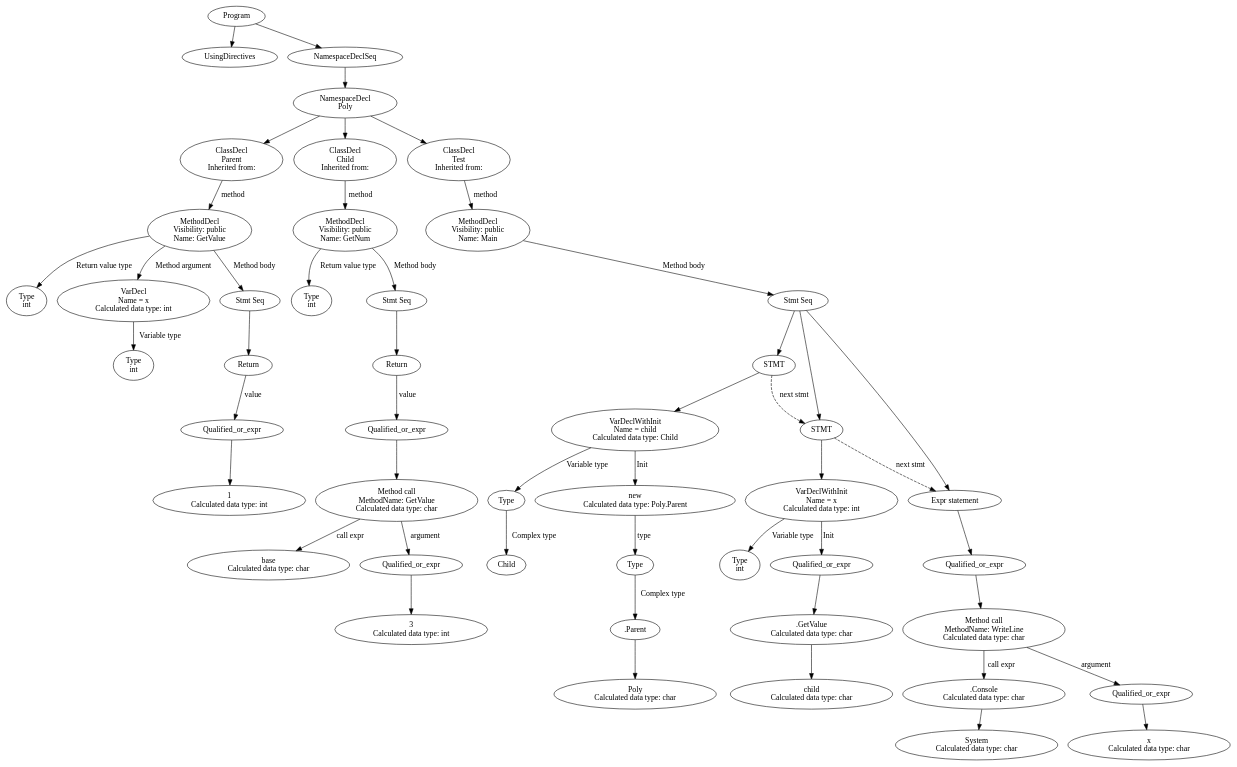
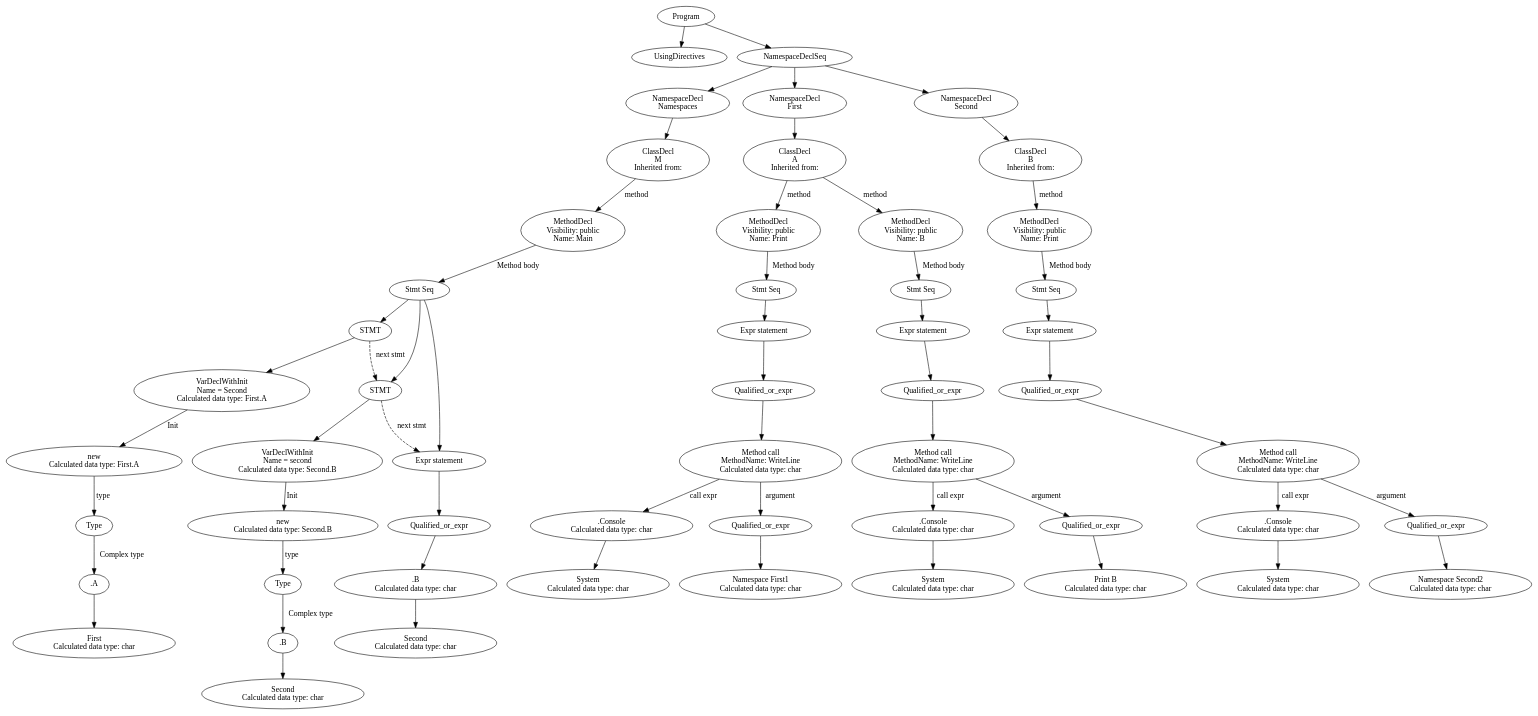
The diagram in lexer-build/ast.dot (SergeyGT/CSharp_Compiler), drawn with Graphviz before and after one commit. The commit also changed 9 other files, not shown here.

```diff
--- a/lexer-build/ast.dot
+++ b/lexer-build/ast.dot
@@ -1,97 +1,111 @@
 digraph Program {
-55 [label="Program"]
+66 [label="Program"]
 0 [label="UsingDirectives"]
-54 [label="NamespaceDeclSeq"]
-53 [label="NamespaceDecl\nPoly"]
-11 [label="ClassDecl\nParent\nInherited from: "]
-9 [label="MethodDecl\nVisibility: public\nName: GetValue"]
-1 [label="Type\nint"]
-9 -> 1 [label="Return value type"]
-3 [label="VarDecl\nName = x\nCalculated data type: int"]
-2 [label="Type\nint"]
-3 -> 2 [label="Variable type"]
-9 -> 3 [label="Method argument"]
+24 [label="NamespaceDeclSeq"]
+23 [label="NamespaceDecl\nNamespaces"]
+21 [label="ClassDecl\nM\nInherited from: "]
+19 [label="MethodDecl\nVisibility: public\nName: Main"]
 8 [label="Stmt Seq"]
-7 [label="Return"]
-6 [label="Qualified_or_expr"]
-5 [label="1\nCalculated data type: int"]
-6 -> 5
-7 -> 6 [label="value"]
+7 [label="STMT"]
+6 [label="VarDeclWithInit\nName = Second\nCalculated data type: First.A"]
+5 [label="new\nCalculated data type: First.A"]
+4 [label="Type"]
+3 [label=".A"]
+2 [label="First\nCalculated data type: char"]
+3 -> 2
+4 -> 3 [label="Complex type"]
+5 -> 4 [label="type"]
+6 -> 5 [label="Init"]
+7 -> 6
 8 -> 7
-9 -> 8 [label="Method body"]
-11 -> 9 [label="method"]
-53 -> 11
-25 [label="ClassDecl\nChild\nInherited from: "]
-23 [label="MethodDecl\nVisibility: public\nName: GetNum"]
-13 [label="Type\nint"]
-23 -> 13 [label="Return value type"]
-22 [label="Stmt Seq"]
-21 [label="Return"]
-20 [label="Qualified_or_expr"]
-19 [label="Method call\nMethodName: GetValue\nCalculated data type: char"]
-15 [label="base\nCalculated data type: char"]
-19 -> 15 [label="call expr"]
+14 [label="STMT"]
+13 [label="VarDeclWithInit\nName = second\nCalculated data type: Second.B"]
+12 [label="new\nCalculated data type: Second.B"]
+11 [label="Type"]
+10 [label=".B"]
+9 [label="Second\nCalculated data type: char"]
+10 -> 9
+11 -> 10 [label="Complex type"]
+12 -> 11 [label="type"]
+13 -> 12 [label="Init"]
+14 -> 13
+8 -> 14
+7 -> 14 [label="next stmt"][style="dashed"]
+18 [label="Expr statement"]
 17 [label="Qualified_or_expr"]
-16 [label="3\nCalculated data type: int"]
+16 [label=".B\nCalculated data type: char"]
+15 [label="Second\nCalculated data type: char"]
+16 -> 15
 17 -> 16
-19 -> 17 [label="argument"]
-20 -> 19
-21 -> 20 [label="value"]
-22 -> 21
-23 -> 22 [label="Method body"]
-25 -> 23 [label="method"]
-53 -> 25
-52 [label="ClassDecl\nTest\nInherited from: "]
-50 [label="MethodDecl\nVisibility: public\nName: Main"]
-35 [label="Stmt Seq"]
-34 [label="STMT"]
-33 [label="VarDeclWithInit\nName = child\nCalculated data type: Child"]
-28 [label="Type"]
-27 [label="Child"]
-28 -> 27 [label="Complex type"]
-33 -> 28 [label="Variable type"]
-32 [label="new\nCalculated data type: Poly.Parent"]
-31 [label="Type"]
-30 [label=".Parent"]
-29 [label="Poly\nCalculated data type: char"]
-30 -> 29
-31 -> 30 [label="Complex type"]
-32 -> 31 [label="type"]
-33 -> 32 [label="Init"]
+18 -> 17
+8 -> 18
+14 -> 18 [label="next stmt"][style="dashed"]
+19 -> 8 [label="Method body"]
+21 -> 19 [label="method"]
+23 -> 21
+24 -> 23
+50 [label="NamespaceDecl\nFirst"]
+48 [label="ClassDecl\nA\nInherited from: "]
+35 [label="MethodDecl\nVisibility: public\nName: Print"]
+34 [label="Stmt Seq"]
+33 [label="Expr statement"]
+32 [label="Qualified_or_expr"]
+31 [label="Method call\nMethodName: WriteLine\nCalculated data type: char"]
+27 [label=".Console\nCalculated data type: char"]
+26 [label="System\nCalculated data type: char"]
+27 -> 26
+31 -> 27 [label="call expr"]
+29 [label="Qualified_or_expr"]
+28 [label="Namespace First1\nCalculated data type: char"]
+29 -> 28
+31 -> 29 [label="argument"]
+32 -> 31
+33 -> 32
 34 -> 33
-35 -> 34
-41 [label="STMT"]
-40 [label="VarDeclWithInit\nName = x\nCalculated data type: int"]
-36 [label="Type\nint"]
-40 -> 36 [label="Variable type"]
-39 [label="Qualified_or_expr"]
-38 [label=".GetValue\nCalculated data type: char"]
-37 [label="child\nCalculated data type: char"]
-38 -> 37
+35 -> 34 [label="Method body"]
+48 -> 35 [label="method"]
+47 [label="MethodDecl\nVisibility: public\nName: B"]
+46 [label="Stmt Seq"]
+45 [label="Expr statement"]
+44 [label="Qualified_or_expr"]
+43 [label="Method call\nMethodName: WriteLine\nCalculated data type: char"]
+39 [label=".Console\nCalculated data type: char"]
+38 [label="System\nCalculated data type: char"]
 39 -> 38
-40 -> 39 [label="Init"]
+43 -> 39 [label="call expr"]
+41 [label="Qualified_or_expr"]
+40 [label="Print B\nCalculated data type: char"]
 41 -> 40
-35 -> 41
-34 -> 41 [label="next stmt"][style="dashed"]
-49 [label="Expr statement"]
-48 [label="Qualified_or_expr"]
-47 [label="Method call\nMethodName: WriteLine\nCalculated data type: char"]
-43 [label=".Console\nCalculated data type: char"]
-42 [label="System\nCalculated data type: char"]
-43 -> 42
-47 -> 43 [label="call expr"]
-45 [label="Qualified_or_expr"]
-44 [label="x\nCalculated data type: char"]
+43 -> 41 [label="argument"]
+44 -> 43
 45 -> 44
-47 -> 45 [label="argument"]
-48 -> 47
-49 -> 48
-35 -> 49
-41 -> 49 [label="next stmt"][style="dashed"]
-50 -> 35 [label="Method body"]
-52 -> 50 [label="method"]
+46 -> 45
+47 -> 46 [label="Method body"]
+48 -> 47 [label="method"]
+50 -> 48
+24 -> 50
+65 [label="NamespaceDecl\nSecond"]
+63 [label="ClassDecl\nB\nInherited from: "]
+61 [label="MethodDecl\nVisibility: public\nName: Print"]
+60 [label="Stmt Seq"]
+59 [label="Expr statement"]
+58 [label="Qualified_or_expr"]
+57 [label="Method call\nMethodName: WriteLine\nCalculated data type: char"]
+53 [label=".Console\nCalculated data type: char"]
+52 [label="System\nCalculated data type: char"]
 53 -> 52
-54 -> 53
-55 -> 0
+57 -> 53 [label="call expr"]
+55 [label="Qualified_or_expr"]
+54 [label="Namespace Second2\nCalculated data type: char"]
 55 -> 54
+57 -> 55 [label="argument"]
+58 -> 57
+59 -> 58
+60 -> 59
+61 -> 60 [label="Method body"]
+63 -> 61 [label="method"]
+65 -> 63
+24 -> 65
+66 -> 0
+66 -> 24
 }
```
